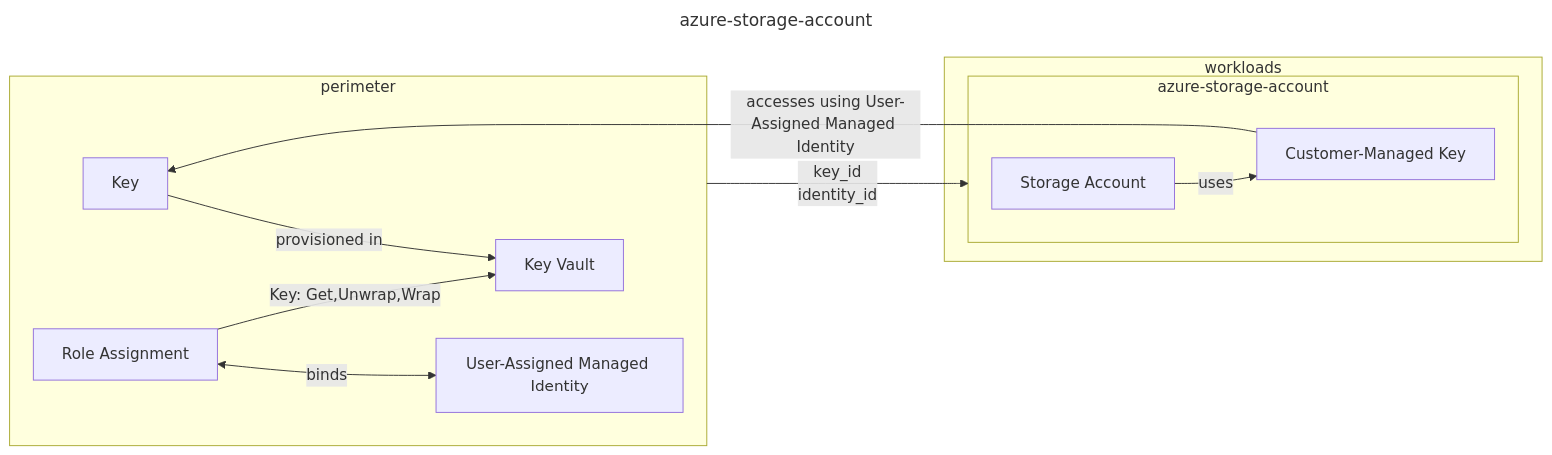
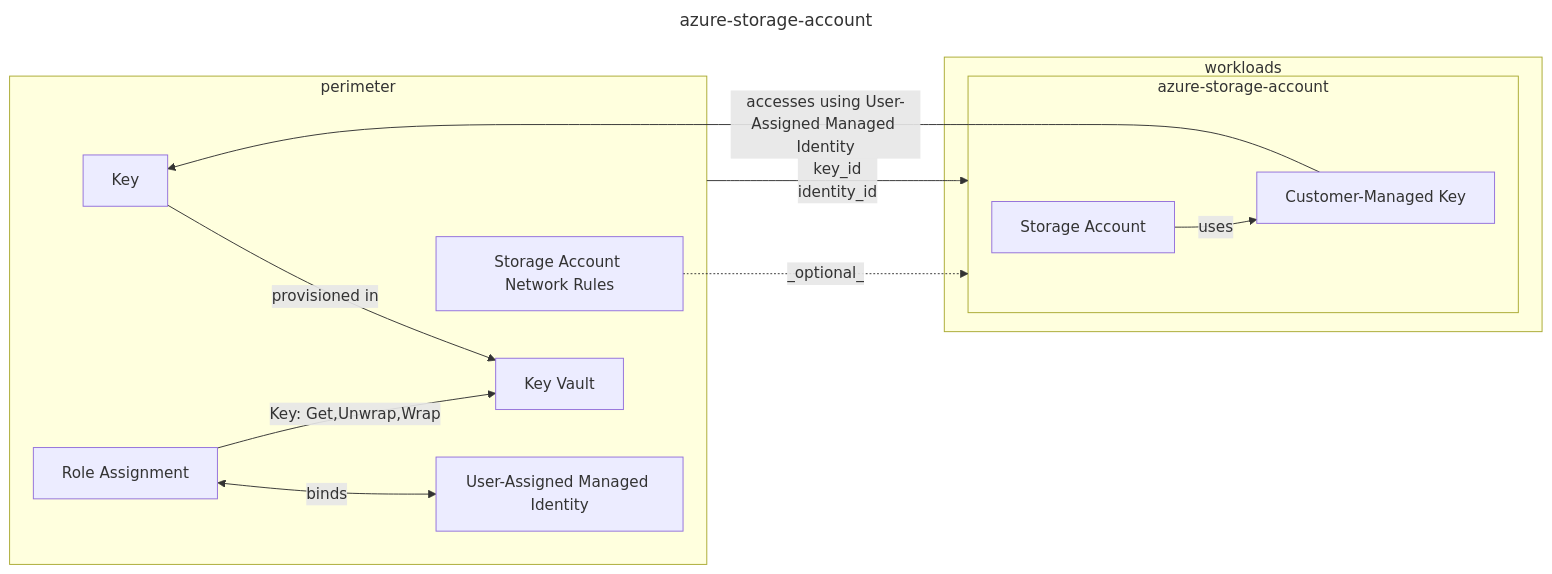
Before and after one commit to Unique-AG/terraform-modules: the diagram in modules/azure-storage-account/README.md, drawn with Mermaid. The commit also changed other lines of this file and 4 other files, not shown here.

````diff
--- a/modules/azure-storage-account/README.md
+++ b/modules/azure-storage-account/README.md
@@ -4,21 +4,23 @@
 ```mermaid
 ---
 title: azure-storage-account
 ---
 graph LR
     subgraph perimeter
         K[Key] -->|provisioned in| KV[Key Vault]
         RA[Role Assignment] <-->|binds| UAMI[User-Assigned Managed Identity]
         RA -->|"Key: Get,Unwrap,Wrap"| KV
+        SANR[Storage Account Network Rules]
     end
     subgraph workloads
         subgraph module["azure-storage-account"]
             SA[Storage Account]
             CMK[Customer-Managed Key]
             CMK[Customer-Managed Key]
             SA -->|uses| CMK
         end
     end
+    SANR -.->|_optional_| module
     perimeter --->|key_id<br>identity_id| module
     CMK -->|accesses using User-Assigned Managed Identity| K
 ```
````
